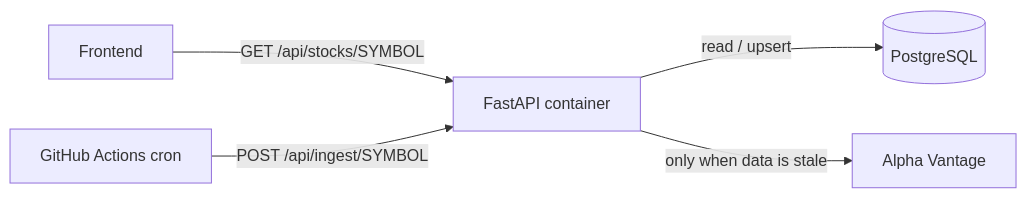
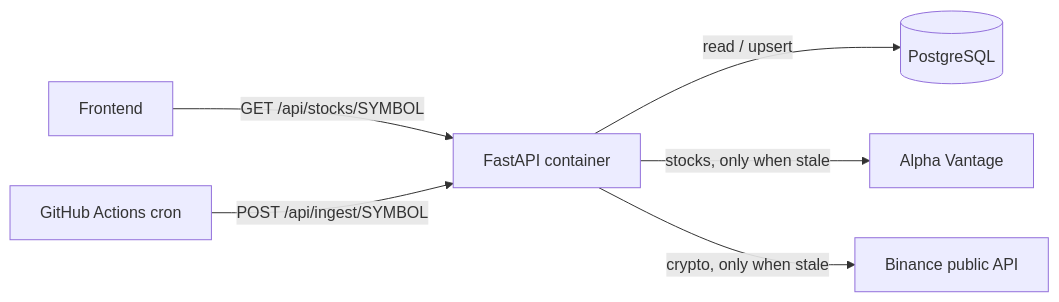
One commit to EliasNiskanen/FastAPI-backend changed the diagram in docs/DEPLOY.md. Above: the diagram before and after it, drawn with Mermaid. The commit also changed other lines of this file and 20 other files, not shown here.

First line of the commit message:
Add crypto prices from Binance public API

````diff
--- a/docs/DEPLOY.md
+++ b/docs/DEPLOY.md
@@ -8,7 +8,8 @@
 ```mermaid
 flowchart LR
     FE[Frontend] -->|GET /api/stocks/SYMBOL| API[FastAPI container]
     SCH[GitHub Actions cron] -->|POST /api/ingest/SYMBOL| API
     API -->|read / upsert| DB[(PostgreSQL)]
-    API -->|only when data is stale| AV[Alpha Vantage]
+    API -->|stocks, only when stale| AV[Alpha Vantage]
+    API -->|crypto, only when stale| BN[Binance public API]
 ```
````
